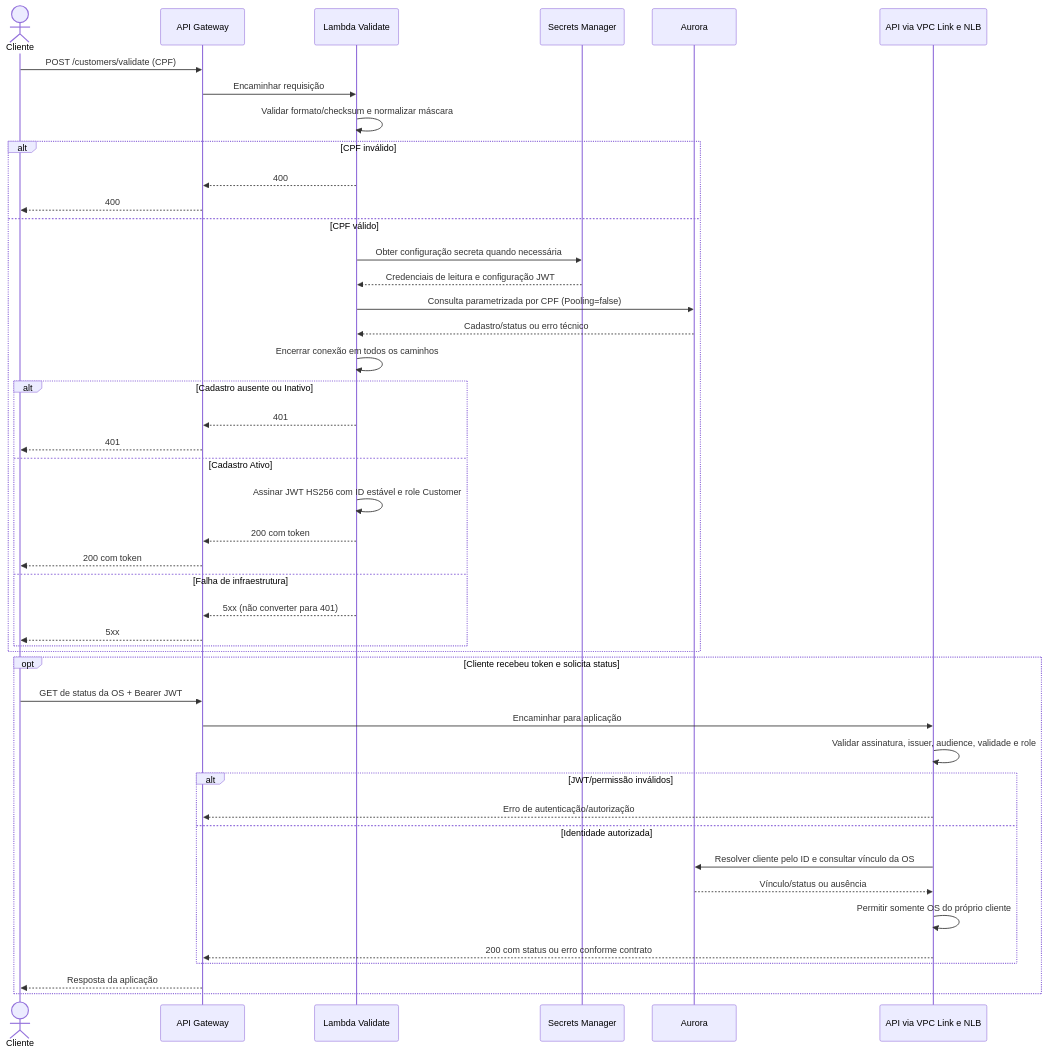
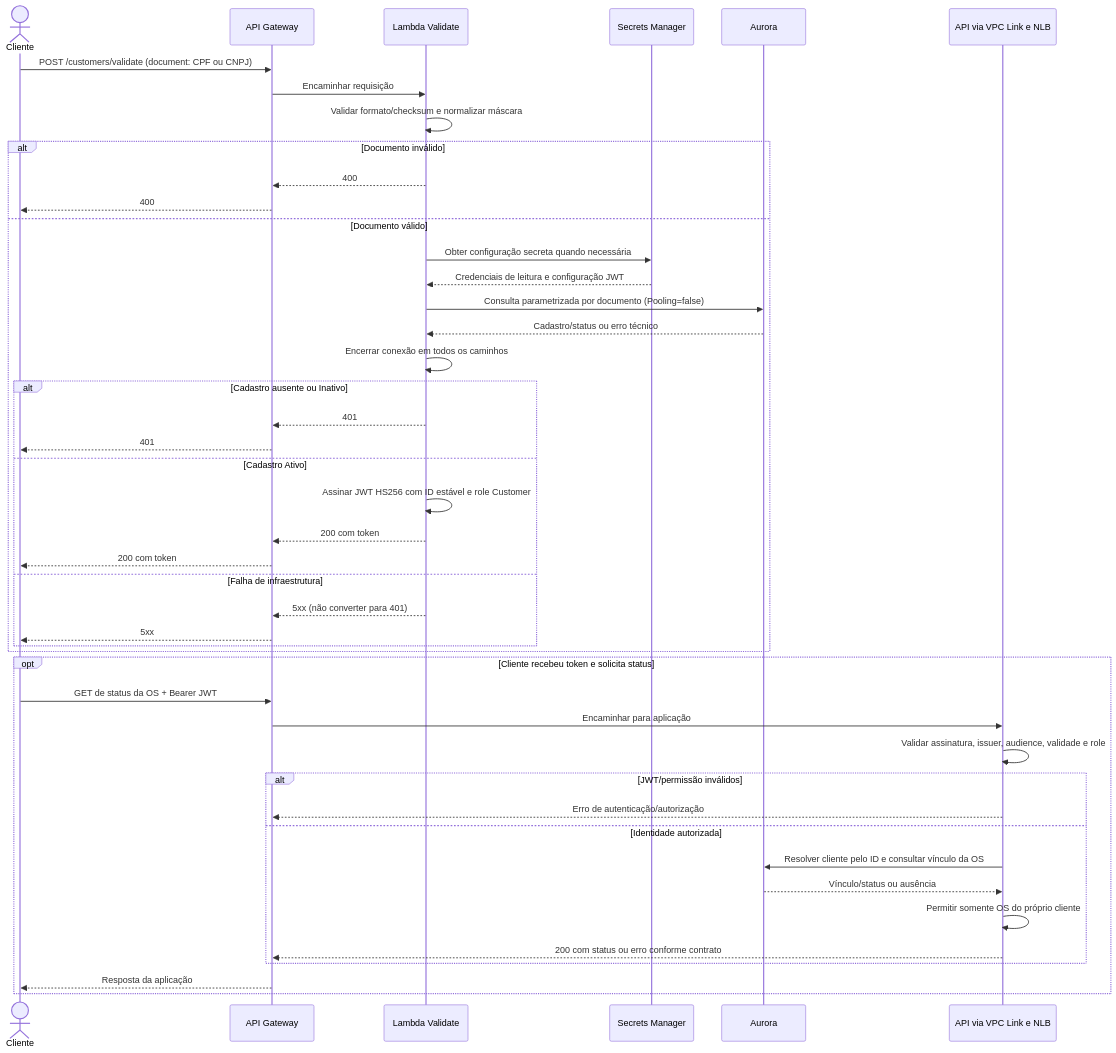
Before and after one commit to pknfelps/GerenciamentoMecanicaSistema: the diagram in docs/arquitetura/diagramas/VALIDACAO_CPF.md, drawn with Mermaid. The commit also changed other lines of this file and 39 other files, not shown here.

````diff
--- a/docs/arquitetura/diagramas/VALIDACAO_CPF.md
+++ b/docs/arquitetura/diagramas/VALIDACAO_CPF.md
@@ -7,47 +7,47 @@
 ```mermaid
 sequenceDiagram
     actor C as Cliente
     participant G as API Gateway
     participant F as Lambda Validate
     participant S as Secrets Manager
     participant D as Aurora
     participant A as API via VPC Link e NLB
-    C->>G: POST /customers/validate (CPF)
+    C->>G: POST /customers/validate (document: CPF ou CNPJ)
     G->>F: Encaminhar requisição
     F->>F: Validar formato/checksum e normalizar máscara
-    alt CPF inválido
+    alt Documento inválido
         F-->>G: 400
         G-->>C: 400
-    else CPF válido
+    else Documento válido
         F->>S: Obter configuração secreta quando necessária
         S-->>F: Credenciais de leitura e configuração JWT
-        F->>D: Consulta parametrizada por CPF (Pooling=false)
+        F->>D: Consulta parametrizada por documento (Pooling=false)
         D-->>F: Cadastro/status ou erro técnico
         F->>F: Encerrar conexão em todos os caminhos
         alt Cadastro ausente ou Inativo
             F-->>G: 401
             G-->>C: 401
         else Cadastro Ativo
             F->>F: Assinar JWT HS256 com ID estável e role Customer
             F-->>G: 200 com token
             G-->>C: 200 com token
         else Falha de infraestrutura
             F-->>G: 5xx (não converter para 401)
             G-->>C: 5xx
         end
     end
     opt Cliente recebeu token e solicita status
         C->>G: GET de status da OS + Bearer JWT
         G->>A: Encaminhar para aplicação
         A->>A: Validar assinatura, issuer, audience, validade e role
         alt JWT/permissão inválidos
             A-->>G: Erro de autenticação/autorização
         else Identidade autorizada
             A->>D: Resolver cliente pelo ID e consultar vínculo da OS
             D-->>A: Vínculo/status ou ausência
             A->>A: Permitir somente OS do próprio cliente
             A-->>G: 200 com status ou erro conforme contrato
         end
         G-->>C: Resposta da aplicação
     end
 ```
````
